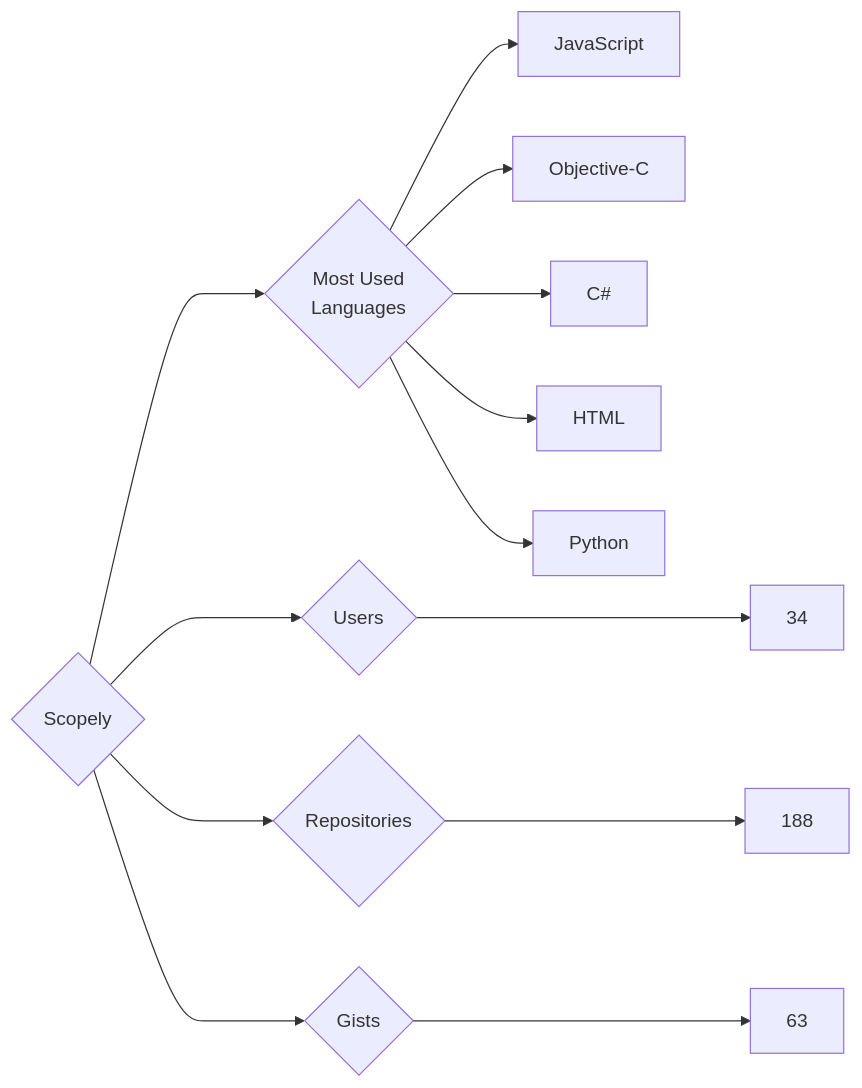
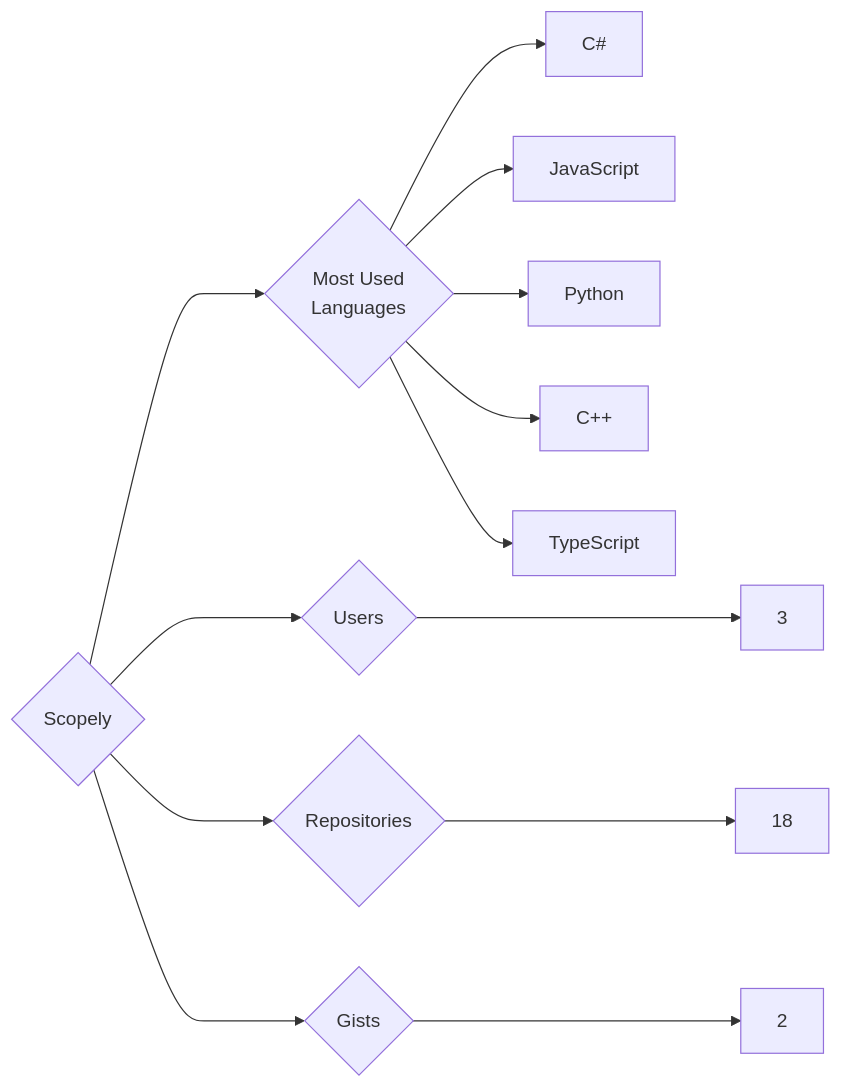
One commit to trickest/insiders changed the diagram in targets/Scopely/README.md. Above: the diagram before and after it, drawn with Mermaid. The commit also changed 953 other files, not shown here.

````diff
--- a/targets/Scopely/README.md
+++ b/targets/Scopely/README.md
@@ -3,13 +3,13 @@
 ```mermaid
 graph LR
 COMPANY_NAME{Scopely}
-COMPANY_NAME ---> U{Users} ---> UN[34]
-COMPANY_NAME ---> R{Repositories} ---> RN[188]
-COMPANY_NAME ---> G{Gists} ---> GN[63]
+COMPANY_NAME ---> U{Users} ---> UN[3]
+COMPANY_NAME ---> R{Repositories} ---> RN[18]
+COMPANY_NAME ---> G{Gists} ---> GN[2]
 COMPANY_NAME ---> ML{Most Used<br>Languages}
+ML --> C#[C#]
 ML --> JavaScript[JavaScript]
-ML --> Objective-C[Objective-C]
-ML --> C#[C#]
-ML --> HTML[HTML]
 ML --> Python[Python]
+ML --> C++[C++]
+ML --> TypeScript[TypeScript]
 ```
````
